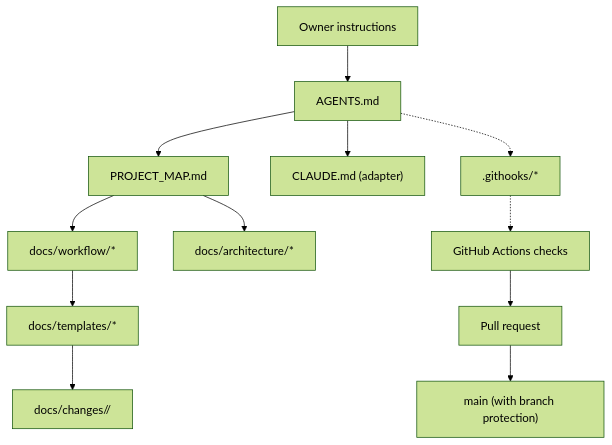
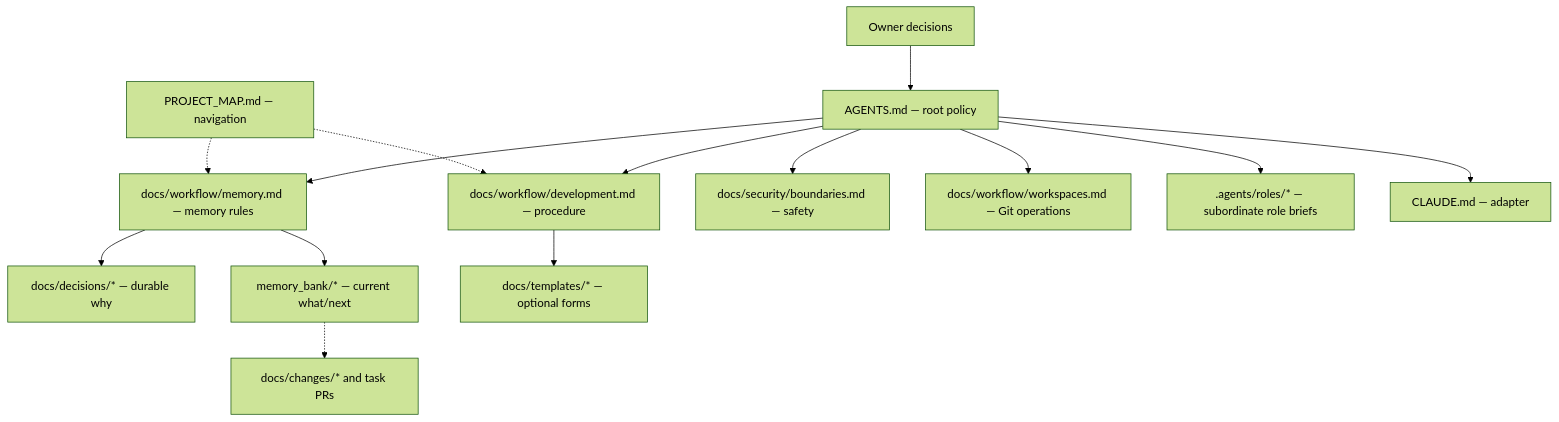
Before and after one commit to oleyna80/agentic-sdlc-lite: the second of 2 diagrams in docs/architecture/overview.md, drawn with Mermaid (forest theme). The commit also changed other lines of this file and 27 other files, not shown here.

Commit message:
docs: consolidate Lite authority, agent roles and Git-backed project memory

````diff
--- a/docs/architecture/overview.md
+++ b/docs/architecture/overview.md
@@ -29,14 +28,16 @@
 ```mermaid
 flowchart TD
-    OWNER["Owner instructions"] --> AG["AGENTS.md"]
-    AG --> MAP["PROJECT_MAP.md"]
-    AG --> CLAUDE["CLAUDE.md (adapter)"]
-    MAP --> WORK["docs/workflow/*"]
-    MAP --> ARCH["docs/architecture/*"]
-    WORK --> TMPL["docs/templates/*"]
-    TMPL --> CHANGES["docs/changes/<task>/"]
-    AG -.-> HOOKS[".githooks/*"]
-    HOOKS -.-> CI["GitHub Actions checks"]
-    CI --> PR["Pull request"]
-    PR --> MAIN["main (with branch protection)"]
+    OWNER["Owner decisions"] --> AG["AGENTS.md — root policy"]
+    AG --> WF["docs/workflow/development.md — procedure"]
+    AG --> MEM["docs/workflow/memory.md — memory rules"]
+    AG --> SEC["docs/security/boundaries.md — safety"]
+    AG --> WS["docs/workflow/workspaces.md — Git operations"]
+    AG --> ROLES[".agents/roles/* — subordinate role briefs"]
+    AG --> CLAUDE["CLAUDE.md — adapter"]
+    MAP["PROJECT_MAP.md — navigation"] -.-> WF
+    MAP -.-> MEM
+    MEM --> ADR["docs/decisions/* — durable why"]
+    MEM --> BANK["memory_bank/* — current what/next"]
+    WF --> TEMPL["docs/templates/* — optional forms"]
+    BANK -.-> TASK["docs/changes/* and task PRs"]
 ```
````
